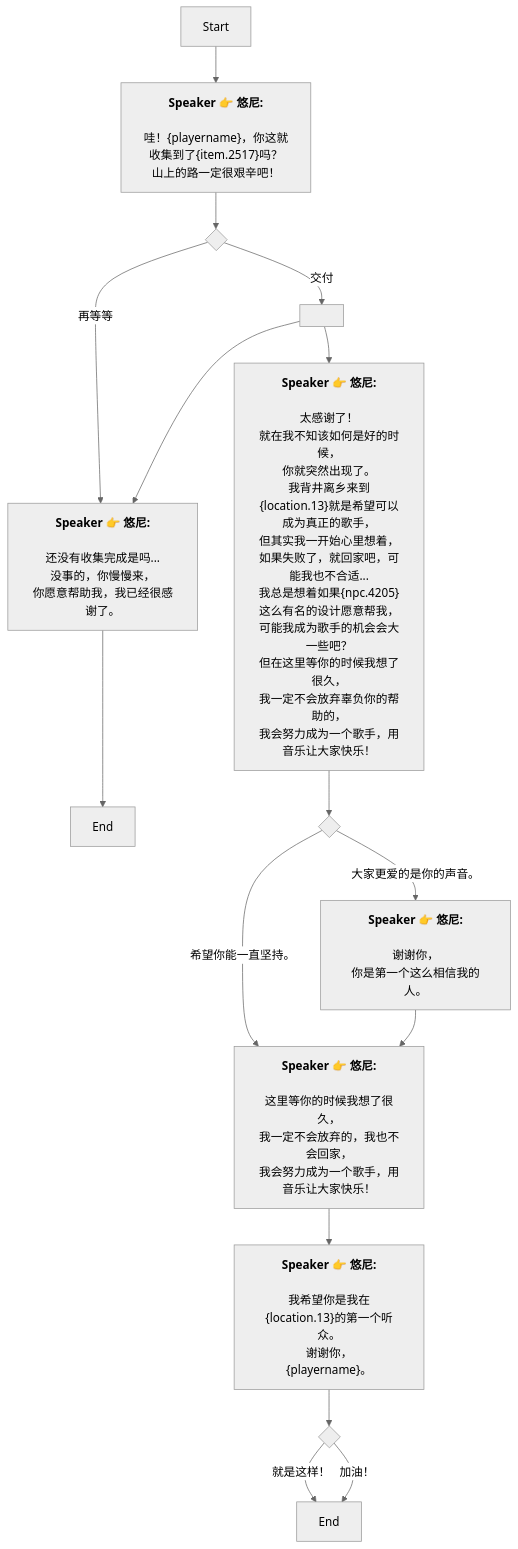
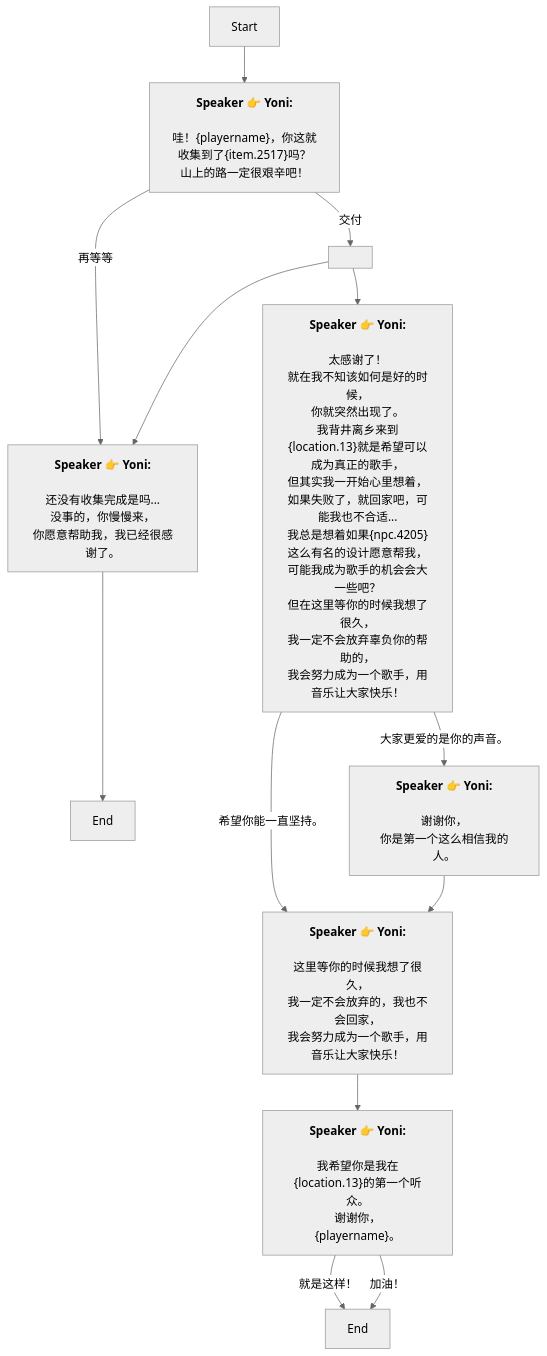
One commit to SoftHu/tos_avg changed the diagram in Zh/QuestTalkObjectiveNode_1738288709847269.md. Above: the diagram before and after it, drawn with Mermaid (neutral theme). The commit also changed 737 other files, not shown here.

````diff
--- a/Zh/QuestTalkObjectiveNode_1738288709847269.md
+++ b/Zh/QuestTalkObjectiveNode_1738288709847269.md
@@ -1,57 +1,42 @@
 ```mermaid
 graph
-Start -->1738289650856011[<b>Speaker 👉 悠尼:</b>
-
-哇！&lbrace;playername&rbrace;，你这就收集到了&lbrace;item.2517&rbrace;吗？
+Start -->1738289650856011[<b>Speaker 👉 Yoni:</b>
+\n哇！&lbrace;playername&rbrace;，你这就收集到了&lbrace;item.2517&rbrace;吗？
 山上的路一定很艰辛吧！]
-1738289650856011 -->1738289727664204{ }
-1738289727664204 -->|再等等|1738289799830612[<b>Speaker 👉 悠尼:</b>
-
-还没有收集完成是吗...
+1738289650856011 -->|再等等|1738289799830612[<b>Speaker 👉 Yoni:</b>
+\n还没有收集完成是吗...
 没事的，你慢慢来，
 你愿意帮助我，我已经很感谢了。]
-1738289727664204 -->|交付|1738289895128150[ ]
+1738289650856011 -->|交付|1738289895128150[ ]
 1738289799830612 -->1742092930830630[End]
-1738289895128150 -->1738289799830612[<b>Speaker 👉 悠尼:</b>
-
-还没有收集完成是吗...
+1738289895128150 -->1738289799830612[<b>Speaker 👉 Yoni:</b>
+\n还没有收集完成是吗...
 没事的，你慢慢来，
 你愿意帮助我，我已经很感谢了。]
-1738289895128150 -->1738289927962711[<b>Speaker 👉 悠尼:</b>
-
-太感谢了！
+1738289895128150 -->1738289927962711[<b>Speaker 👉 Yoni:</b>
+\n太感谢了！
 就在我不知该如何是好的时候，
-你就突然出现了。
-我背井离乡来到&lbrace;location.13&rbrace;就是希望可以成为真正的歌手，
+你就突然出现了。\n我背井离乡来到&lbrace;location.13&rbrace;就是希望可以成为真正的歌手，
 但其实我一开始心里想着，
-如果失败了，就回家吧，可能我也不合适...
-我总是想着如果&lbrace;npc.4205&rbrace;这么有名的设计愿意帮我，
-可能我成为歌手的机会会大一些吧？
-但在这里等你的时候我想了很久，
+如果失败了，就回家吧，可能我也不合适...\n我总是想着如果&lbrace;npc.4205&rbrace;这么有名的设计愿意帮我，
+可能我成为歌手的机会会大一些吧？\n但在这里等你的时候我想了很久，
 我一定不会放弃辜负你的帮助的，
 我会努力成为一个歌手，用音乐让大家快乐！]
-1738289927962711 -->1738290568451160{ }
-1738290568451160 -->|希望你能一直坚持。|1738290662682717[<b>Speaker 👉 悠尼:</b>
-
-这里等你的时候我想了很久，
+1738289927962711 -->|希望你能一直坚持。|1738290662682717[<b>Speaker 👉 Yoni:</b>
+\n这里等你的时候我想了很久，
 我一定不会放弃的，我也不会回家，
 我会努力成为一个歌手，用音乐让大家快乐！]
-1738290568451160 -->|大家更爱的是你的声音。|1738290723810398[<b>Speaker 👉 悠尼:</b>
-
-谢谢你，
+1738289927962711 -->|大家更爱的是你的声音。|1738290723810398[<b>Speaker 👉 Yoni:</b>
+\n谢谢你，
 你是第一个这么相信我的人。]
-1738290662682717 -->1738290829012063[<b>Speaker 👉 悠尼:</b>
-
-我希望你是我在&lbrace;location.13&rbrace;的第一个听众。
-谢谢你，
+1738290662682717 -->1738290829012063[<b>Speaker 👉 Yoni:</b>
+\n我希望你是我在&lbrace;location.13&rbrace;的第一个听众。\n谢谢你，
 &lbrace;playername&rbrace;。]
-1738290829012063 -->1738290981140576{ }
-1738290981140576 -->|就是这样！|1738290998103141[End]
-1738290981140576 -->|加油！|1738290998103141[End]
-1738290723810398 -->1738290662682717[<b>Speaker 👉 悠尼:</b>
-
-这里等你的时候我想了很久，
+1738290829012063 -->|就是这样！|1738290998103141[End]
+1738290829012063 -->|加油！|1738290998103141[End]
+1738290723810398 -->1738290662682717[<b>Speaker 👉 Yoni:</b>
+\n这里等你的时候我想了很久，
 我一定不会放弃的，我也不会回家，
 我会努力成为一个歌手，用音乐让大家快乐！]
 
- ```
+```
````
